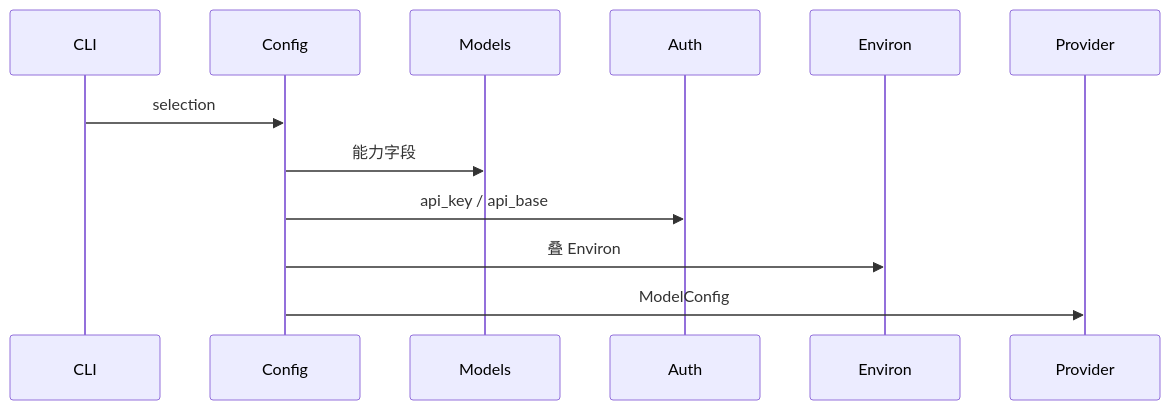
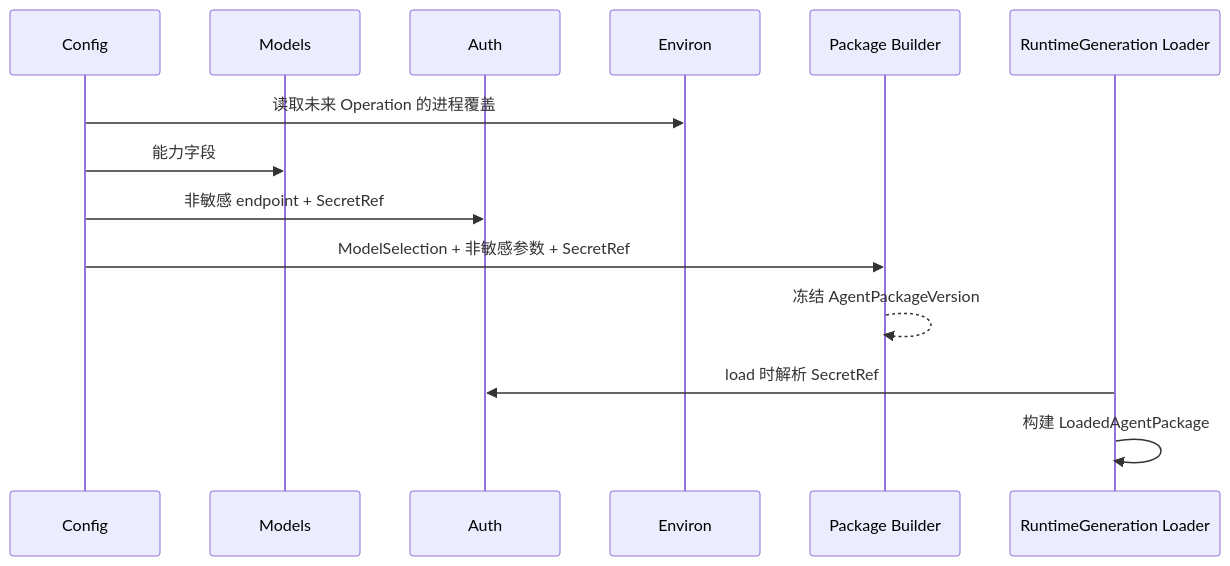
One commit to xiesunsun/MyOpenClaw changed the sixth of 8 diagrams in docs/upgrade/2026-07-25-config-system-design.md. Above: the diagram before and after it, drawn with Mermaid. The commit also changed other lines of this file and 126 other files, not shown here.

Commit message:
重构 Agent Runtime v10 恢复主链

````diff
--- a/docs/upgrade/2026-07-25-config-system-design.md
+++ b/docs/upgrade/2026-07-25-config-system-design.md
@@ -454,15 +456,17 @@
 ```mermaid
 sequenceDiagram
-  participant CLI
   participant Config
   participant Models
   participant Auth
   participant Env as Environ
-  participant Prov as Provider
+  participant Package as Package Builder
+  participant Loader as RuntimeGeneration Loader
 
-  CLI->>Config: selection
+  Config->>Env: 读取未来 Operation 的进程覆盖
   Config->>Models: 能力字段
-  Config->>Auth: api_key / api_base
-  Config->>Env: 叠 Environ
-  Config->>Prov: ModelConfig
+  Config->>Auth: 非敏感 endpoint + SecretRef
+  Config->>Package: ModelSelection + 非敏感参数 + SecretRef
+  Package-->>Package: 冻结 AgentPackageVersion
+  Loader->>Auth: load 时解析 SecretRef
+  Loader->>Loader: 构建 LoadedAgentPackage
 ```
````
